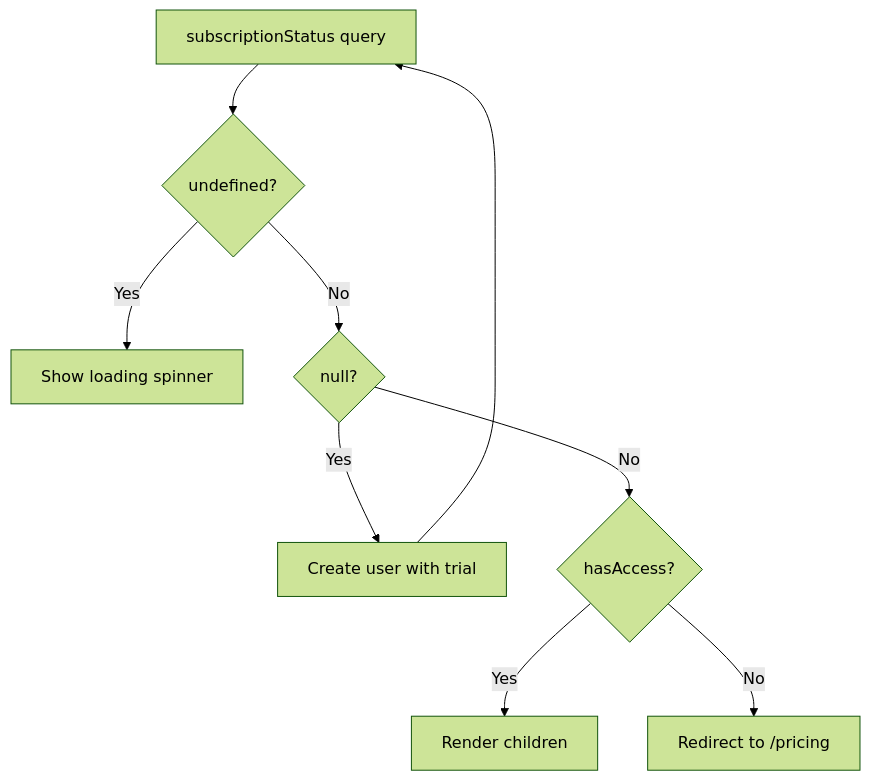
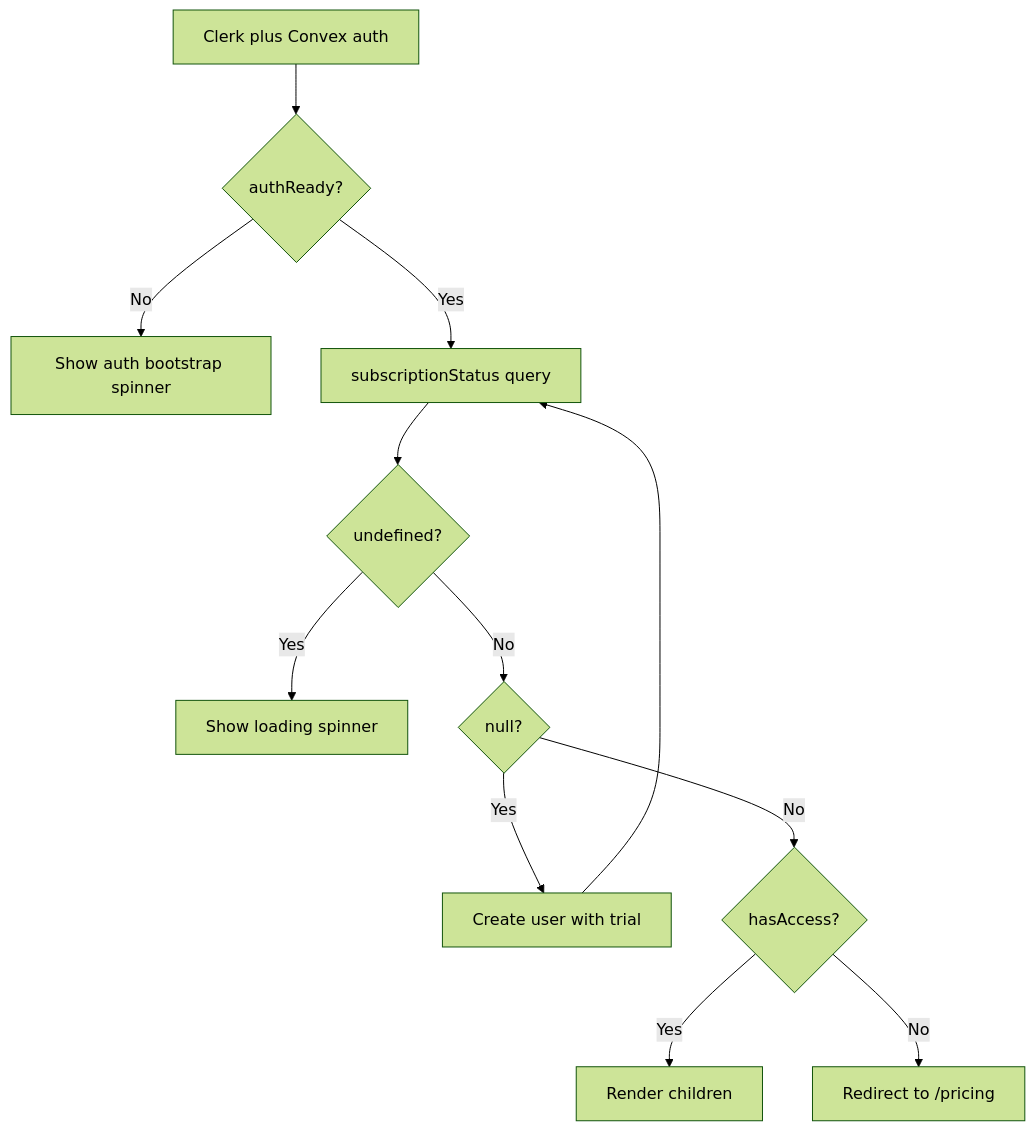
Before and after one commit to misty-step/volume: the second of 2 diagrams in docs/state-diagrams/paywall-gate.md, drawn with Mermaid (forest theme). The commit also changed other lines of this file and 16 other files, not shown here.

First line of the commit message:
Fix mobile paywall bootstrap spinner (#421)

````diff
--- a/docs/state-diagrams/paywall-gate.md
+++ b/docs/state-diagrams/paywall-gate.md
@@ -53,11 +71,14 @@
 ```mermaid
 flowchart TD
-    A[subscriptionStatus query] --> B{undefined?}
-    B -->|Yes| C[Show loading spinner]
-    B -->|No| D{null?}
-    D -->|Yes| E[Create user with trial]
-    E --> A
-    D -->|No| F{hasAccess?}
-    F -->|Yes| G[Render children]
-    F -->|No| H[Redirect to /pricing]
+    A[Clerk plus Convex auth] --> B{authReady?}
+    B -->|No| C[Show auth bootstrap spinner]
+    B -->|Yes| D[subscriptionStatus query]
+    D --> E{undefined?}
+    E -->|Yes| F[Show loading spinner]
+    E -->|No| G{null?}
+    G -->|Yes| H[Create user with trial]
+    H --> D
+    G -->|No| I{hasAccess?}
+    I -->|Yes| J[Render children]
+    I -->|No| K[Redirect to /pricing]
 ```
````
